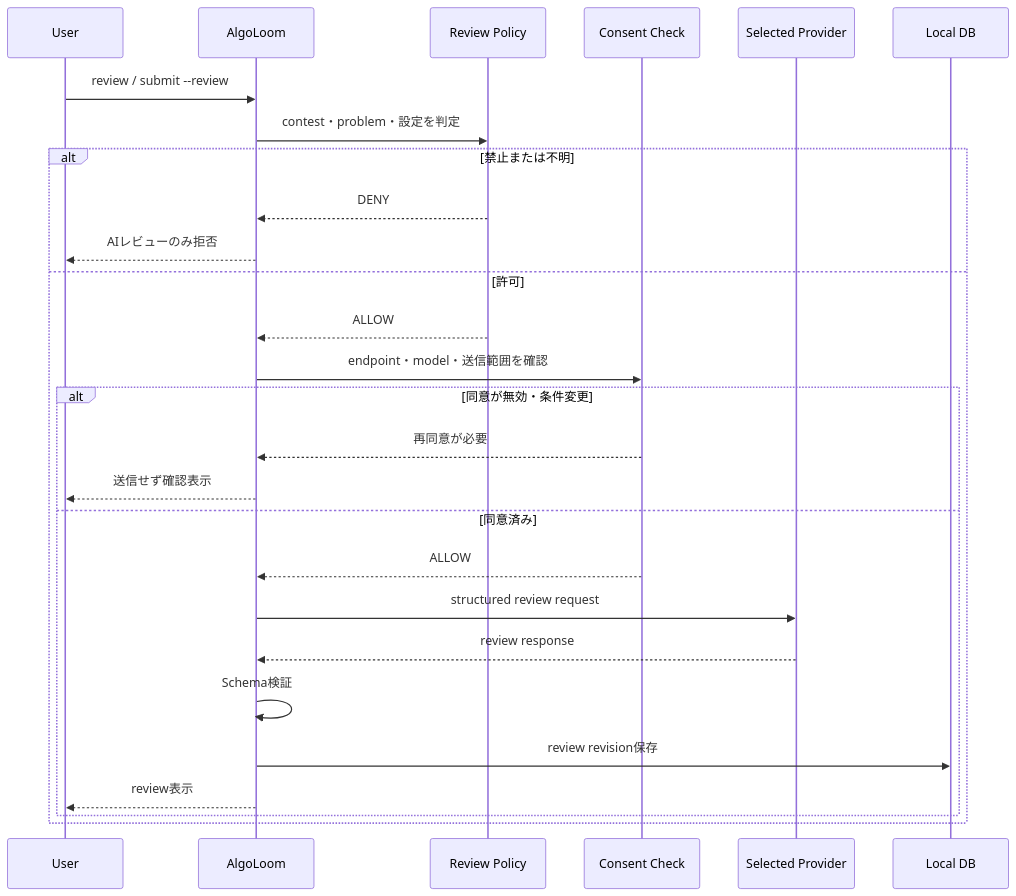
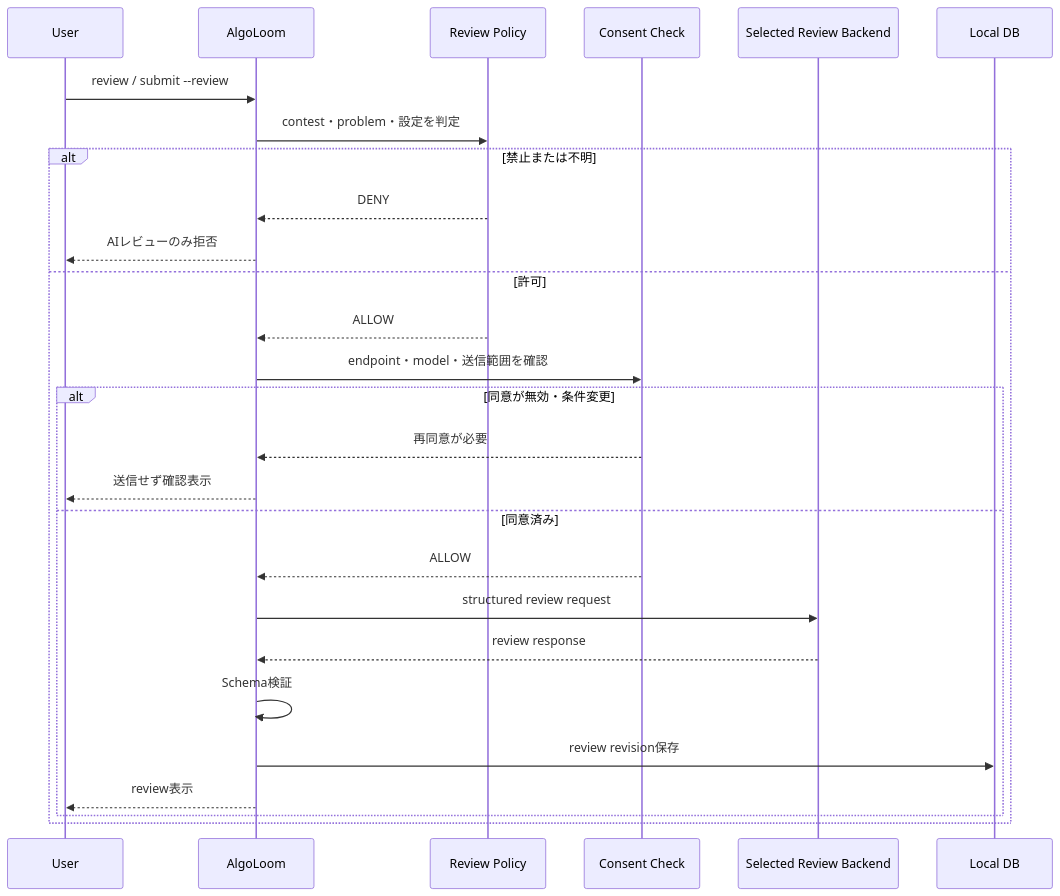
Before and after one commit to mgmaru/algo-loom: the fifth of 6 diagrams in design/llm-provider-design.md, drawn with Mermaid. The commit also changed other lines of this file, not shown here.

Commit message:
docs: Review Backendの設計方針を追加

````diff
--- a/design/llm-provider-design.md
+++ b/design/llm-provider-design.md
@@ -502,30 +709,30 @@
 ```mermaid
 sequenceDiagram
     participant U as User
     participant A as AlgoLoom
     participant P as Review Policy
     participant C as Consent Check
-    participant L as Selected Provider
+    participant L as Selected Review Backend
     participant D as Local DB
 
     U->>A: review / submit --review
     A->>P: contest・problem・設定を判定
     alt 禁止または不明
         P-->>A: DENY
         A-->>U: AIレビューのみ拒否
     else 許可
         P-->>A: ALLOW
         A->>C: endpoint・model・送信範囲を確認
         alt 同意が無効・条件変更
             C-->>A: 再同意が必要
             A-->>U: 送信せず確認表示
         else 同意済み
             C-->>A: ALLOW
             A->>L: structured review request
             L-->>A: review response
             A->>A: Schema検証
             A->>D: review revision保存
             A-->>U: review表示
         end
     end
 ```
````
